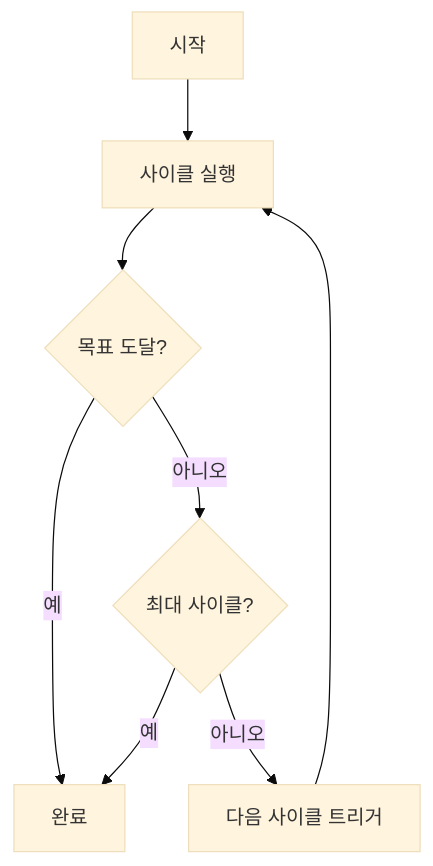
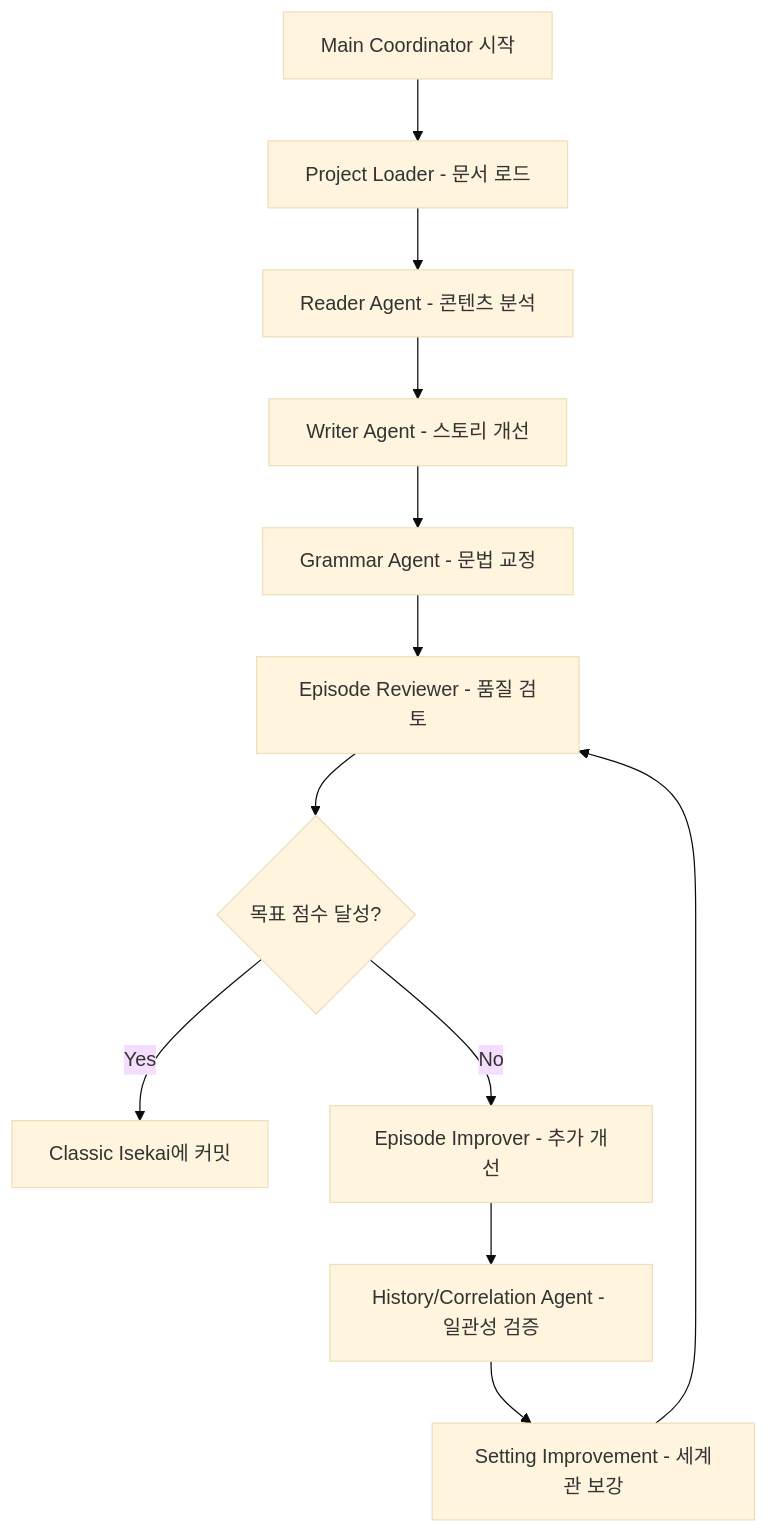
One commit to garimto81/ai-workflow-24h changed the diagram in docs/GITHUB_ACTIONS_GUIDE.md. Above: the diagram before and after it, drawn with Mermaid (base theme). The commit also changed other lines of this file and 2 other files, not shown here.

````diff
--- a/docs/GITHUB_ACTIONS_GUIDE.md
+++ b/docs/GITHUB_ACTIONS_GUIDE.md
@@ -39,10 +68,14 @@
 ```mermaid
 graph TD
-    A[시작] --> B[사이클 실행]
-    B --> C{목표 도달?}
-    C -->|예| D[완료]
-    C -->|아니오| E{최대 사이클?}
-    E -->|예| D
-    E -->|아니오| F[다음 사이클 트리거]
-    F --> B
+    A[Main Coordinator 시작] --> B[Project Loader - 문서 로드]
+    B --> C[Reader Agent - 콘텐츠 분석]
+    C --> D[Writer Agent - 스토리 개선]
+    D --> E[Grammar Agent - 문법 교정]
+    E --> F[Episode Reviewer - 품질 검토]
+    F --> G{목표 점수 달성?}
+    G -->|Yes| H[Classic Isekai에 커밋]
+    G -->|No| I[Episode Improver - 추가 개선]
+    I --> J[History/Correlation Agent - 일관성 검증]
+    J --> K[Setting Improvement - 세계관 보강]
+    K --> F
 ```
````
